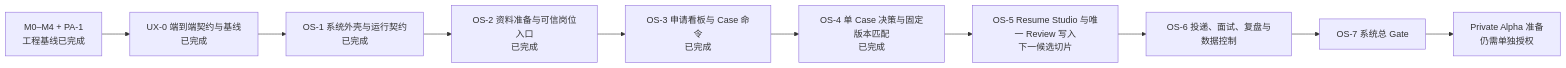
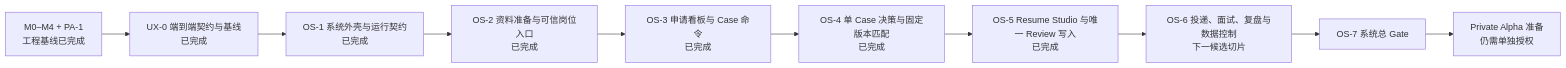
The diagram in docs/06-mvp-roadmap.md (CodeVoyager21932/Aijob), drawn with Mermaid before and after one commit. The commit also changed other lines of this file and 39 other files, not shown here.

Commit message:
feat(career-os): close os5 resume studio

```diff
--- a/docs/06-mvp-roadmap.md
+++ b/docs/06-mvp-roadmap.md
@@ -47,12 +49,12 @@
 ~~~mermaid
 flowchart LR
     B["M0–M4 + PA-1<br/>工程基线已完成"] --> U0["UX-0 端到端契约与基线<br/>已完成"]
     U0 --> O1["OS-1 系统外壳与运行契约<br/>已完成"]
     O1 --> O2["OS-2 资料准备与可信岗位入口<br/>已完成"]
     O2 --> O3["OS-3 申请看板与 Case 命令<br/>已完成"]
     O3 --> O4["OS-4 单 Case 决策与固定版本匹配<br/>已完成"]
-    O4 --> O5["OS-5 Resume Studio 与唯一 Review 写入<br/>下一候选切片"]
-    O5 --> O6["OS-6 投递、面试、复盘与数据控制"]
+    O4 --> O5["OS-5 Resume Studio 与唯一 Review 写入<br/>已完成"]
+    O5 --> O6["OS-6 投递、面试、复盘与数据控制<br/>下一候选切片"]
     O6 --> O7["OS-7 系统总 Gate"]
     O7 --> P["Private Alpha 准备<br/>仍需单独授权"]
 ~~~
```
